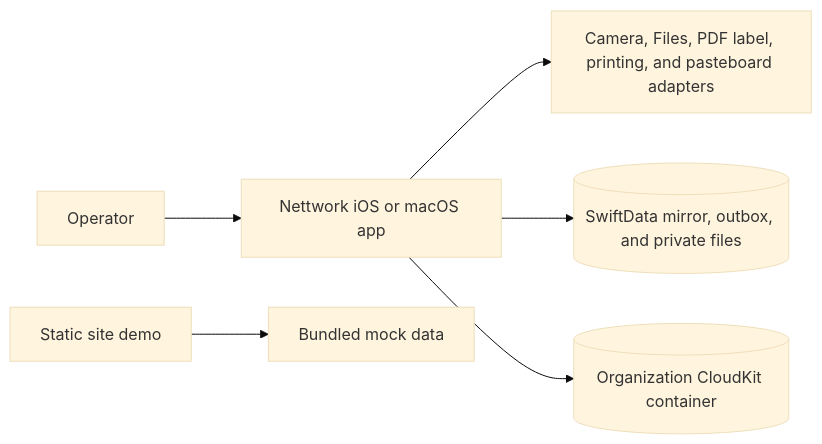
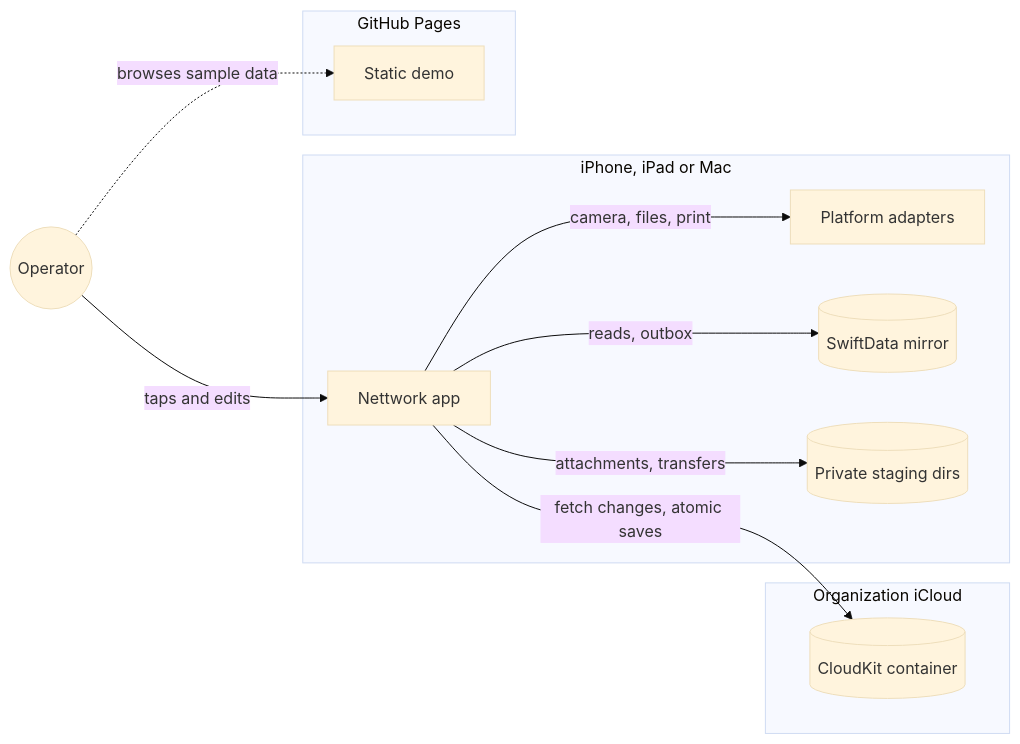
The first of 6 diagrams in docs/ARCHITECTURE.md (sebastianspicker/nettwork-infrastructure), drawn with Mermaid (base theme) before and after one commit. The commit also changed other lines of this file and 2 other files, not shown here.

First line of the commit message:
Document how the app runs with traced diagrams

````diff
--- a/docs/ARCHITECTURE.md
+++ b/docs/ARCHITECTURE.md
@@ -20,8 +30,22 @@
 ```mermaid
 flowchart LR
-    Operator[Operator] --> App[Nettwork iOS or macOS app]
-    App --> Platform[Camera, Files, PDF label, printing, and pasteboard adapters]
-    App --> Local[(SwiftData mirror, outbox, and private files)]
-    App --> Cloud[(Organization CloudKit container)]
-    Demo[Static site demo] --> Mock[Bundled mock data]
+    operator((Operator))
+    subgraph device [iPhone, iPad or Mac]
+        app[Nettwork app]
+        platform[Platform adapters]
+        mirror[(SwiftData mirror)]
+        staging[(Private staging dirs)]
+    end
+    subgraph org [Organization iCloud]
+        cloud[(CloudKit container)]
+    end
+    subgraph pages [GitHub Pages]
+        demo[Static demo]
+    end
+    operator -->|taps and edits| app
+    operator -.->|browses sample data| demo
+    app -->|"camera, files, print"| platform
+    app -->|"reads, outbox"| mirror
+    app -->|"attachments, transfers"| staging
+    app -->|"fetch changes, atomic saves"| cloud
 ```
````
